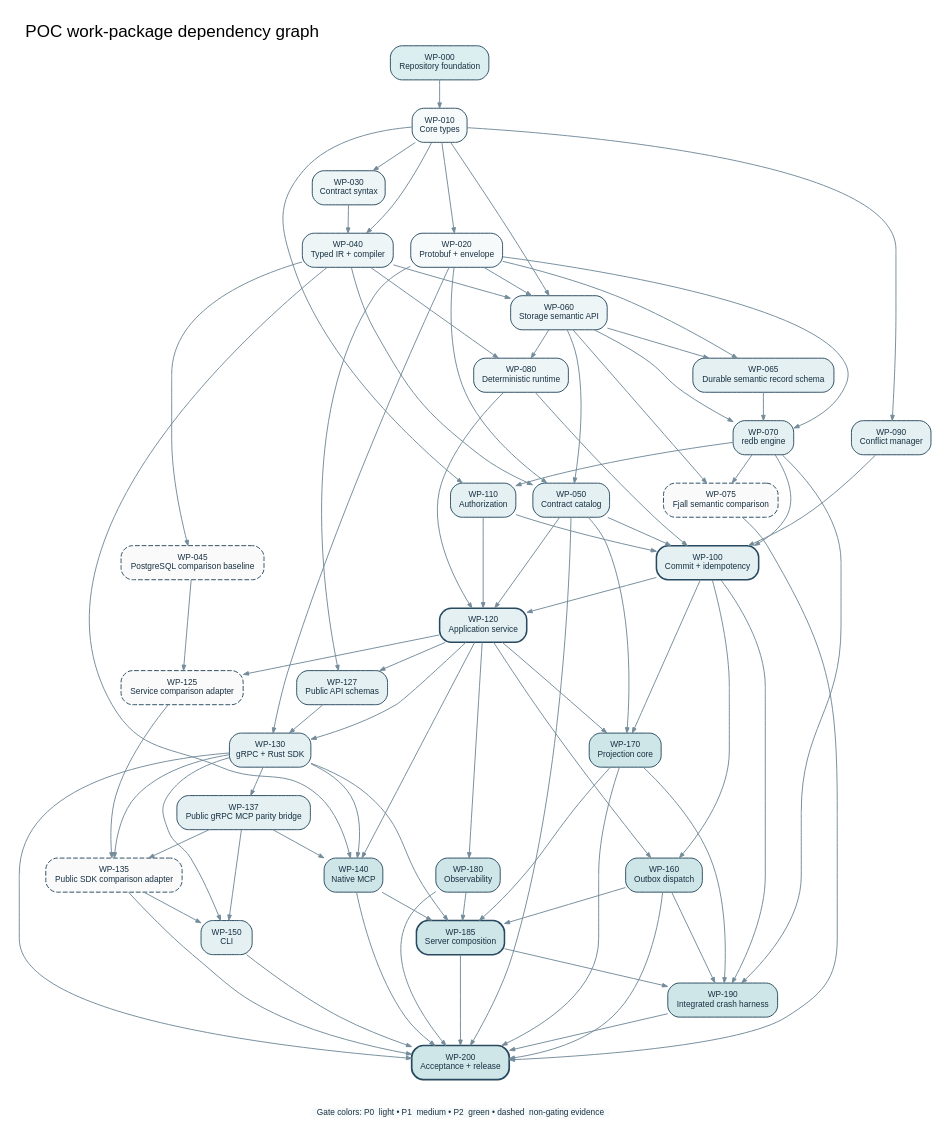
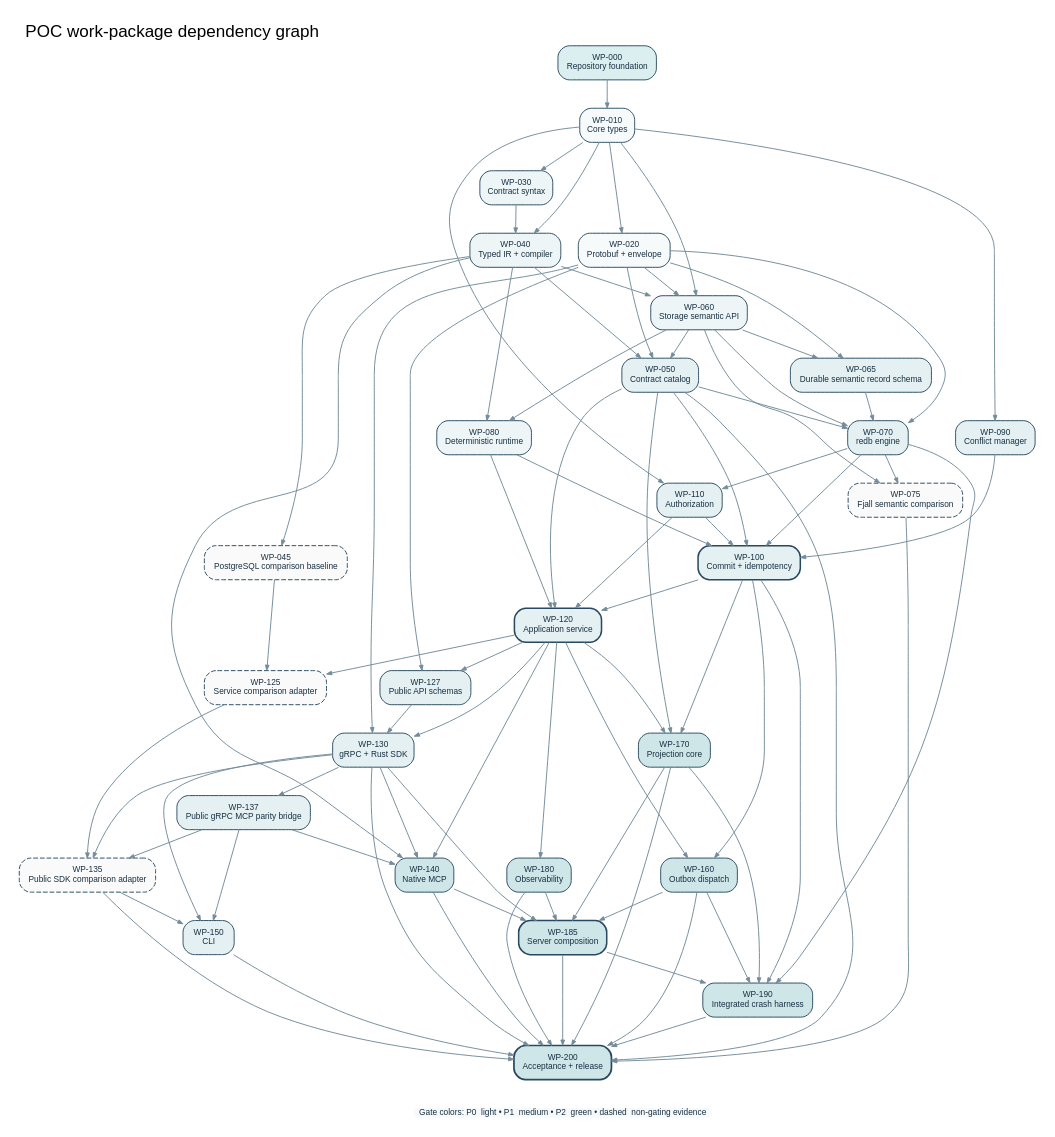
The diagram in diagrams/work_package_dag.dot (riffdb/riffdb), drawn with Graphviz before and after one commit. The commit also changed 5 other files, not shown here.

```diff
--- a/diagrams/work_package_dag.dot
+++ b/diagrams/work_package_dag.dot
@@ -1,69 +1,69 @@
 digraph G {
   graph [rankdir=TB, bgcolor="white", pad="0.18", nodesep="0.25", ranksep="0.42", fontname="Liberation Sans", fontsize=18, label="POC work-package dependency graph", labelloc="t", labeljust="l"];
   node [shape=box, style="rounded,filled", fontname="Liberation Sans", fontsize=8.8, margin="0.10,0.06", color="#28495F", fillcolor="#F7FAFB", fontcolor="#173042"];
   edge [color="#738B9A", penwidth=1.0, arrowsize=0.55];
 
   wp000 [label="WP-000\nRepository foundation", fillcolor="#DCEFF0"];
   wp010 [label="WP-010\nCore types"];
   wp020 [label="WP-020\nProtobuf + envelope"];
   wp030 [label="WP-030\nContract syntax", fillcolor="#EEF5F7"];
   wp040 [label="WP-040\nTyped IR + compiler", fillcolor="#EEF5F7"];
   wp045 [label="WP-045\nPostgreSQL comparison baseline", style="rounded,filled,dashed", fillcolor="#FAFAFA"];
   wp050 [label="WP-050\nContract catalog", fillcolor="#E4F0F2"];
   wp060 [label="WP-060\nStorage semantic API", fillcolor="#EEF5F7"];
   wp065 [label="WP-065\nDurable semantic record schema", fillcolor="#E4F0F2"];
   wp070 [label="WP-070\nredb engine", fillcolor="#E4F0F2"];
   wp075 [label="WP-075\nFjall semantic comparison", style="rounded,filled,dashed", fillcolor="#FAFAFA"];
   wp080 [label="WP-080\nDeterministic runtime", fillcolor="#EEF5F7"];
   wp090 [label="WP-090\nConflict manager", fillcolor="#E4F0F2"];
   wp100 [label="WP-100\nCommit + idempotency", fillcolor="#E4F0F2", penwidth=1.6];
   wp110 [label="WP-110\nAuthorization", fillcolor="#E4F0F2"];
   wp120 [label="WP-120\nApplication service", fillcolor="#E4F0F2", penwidth=1.6];
   wp125 [label="WP-125\nService comparison adapter", style="rounded,filled,dashed", fillcolor="#FAFAFA"];
   wp127 [label="WP-127\nPublic API schemas", fillcolor="#E4F0F2"];
   wp130 [label="WP-130\ngRPC + Rust SDK", fillcolor="#E4F0F2"];
   wp135 [label="WP-135\nPublic SDK comparison adapter", style="rounded,filled,dashed", fillcolor="#FAFAFA"];
   wp137 [label="WP-137\nPublic gRPC MCP parity bridge", fillcolor="#E4F0F2"];
   wp140 [label="WP-140\nNative MCP", fillcolor="#CFE6E8"];
   wp150 [label="WP-150\nCLI", fillcolor="#E4F0F2"];
   wp160 [label="WP-160\nOutbox dispatch", fillcolor="#CFE6E8"];
   wp170 [label="WP-170\nProjection core", fillcolor="#CFE6E8"];
   wp180 [label="WP-180\nObservability", fillcolor="#CFE6E8"];
   wp185 [label="WP-185\nServer composition", fillcolor="#CFE6E8", penwidth=1.6];
   wp190 [label="WP-190\nIntegrated crash harness", fillcolor="#CFE6E8"];
   wp200 [label="WP-200\nAcceptance + release", fillcolor="#CFE6E8", penwidth=1.8];
 
   key [shape=plain, label="Gate colors: P0  light • P1  medium • P2  green • dashed  non-gating evidence"];
 
   wp000 -> wp010;
   wp010 -> {wp020 wp030 wp090};
   wp030 -> wp040;
   wp010 -> {wp040 wp060};
   wp020 -> {wp050 wp060 wp070};
   wp040 -> {wp045 wp050 wp060 wp080};
   wp020 -> wp065;
   wp060 -> {wp050 wp065 wp070 wp075 wp080};
-  wp065 -> wp070;
+  {wp050 wp065} -> wp070;
   wp070 -> wp075;
   wp010 -> wp110;
   wp070 -> wp110;
   {wp050 wp070 wp080 wp090 wp110} -> wp100;
   {wp050 wp080 wp100 wp110} -> wp120;
   {wp020 wp120} -> wp127;
   {wp020 wp120 wp127} -> wp130;
   {wp045 wp120} -> wp125;
   {wp125 wp130} -> wp135;
   wp130 -> wp137;
   wp137 -> wp135;
   {wp040 wp120 wp130} -> wp140;
   wp137 -> wp140;
   wp130 -> wp150;
   {wp135 wp137} -> wp150;
   {wp100 wp120} -> {wp160 wp170};
   wp050 -> wp170;
   wp120 -> wp180;
   {wp130 wp140 wp160 wp170 wp180} -> wp185;
   {wp070 wp100 wp160 wp170 wp185} -> wp190;
   {wp050 wp075 wp130 wp135 wp140 wp150 wp160 wp170 wp180 wp185 wp190} -> wp200;
   wp200 -> key [style=invis];
 }
```
